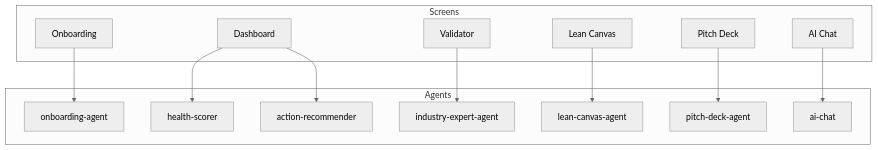
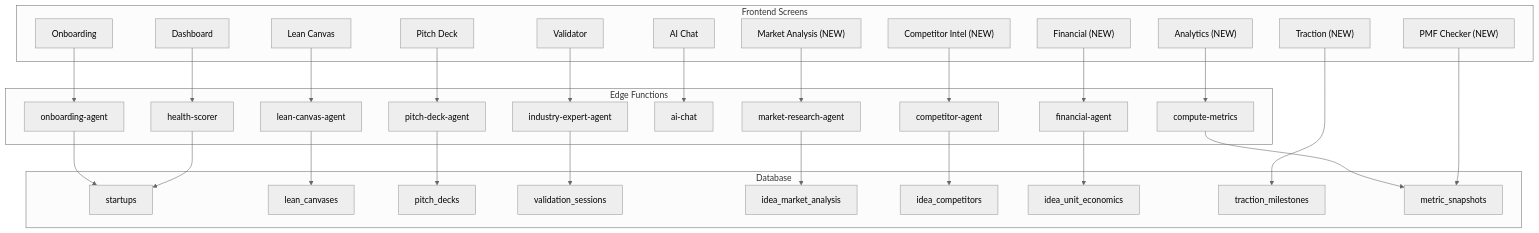
One commit to amo-tech-ai/rocket-path-ai changed the second of 2 diagrams in docs/tasks/README.md. Above: the diagram before and after it, drawn with Mermaid (neutral theme). The commit also changed other lines of this file and 10 other files, not shown here.

````diff
--- a/docs/tasks/README.md
+++ b/docs/tasks/README.md
@@ -123,29 +196,55 @@
 ```mermaid
 flowchart TD
-    subgraph Screens["Screens"]
+    subgraph Screens["Frontend Screens"]
         OW["Onboarding"]
         DASH["Dashboard"]
         VAL["Validator"]
         LC["Lean Canvas"]
         PD["Pitch Deck"]
         CHAT["AI Chat"]
+        MA["Market Analysis (NEW)"]
+        CI["Competitor Intel (NEW)"]
+        FP["Financial (NEW)"]
+        TR["Traction (NEW)"]
+        AD["Analytics (NEW)"]
+        PMF["PMF Checker (NEW)"]
     end
     
-    subgraph Agents["Agents"]
+    subgraph Agents["Edge Functions"]
         OA["onboarding-agent"]
         HS["health-scorer"]
-        AR["action-recommender"]
         IEA["industry-expert-agent"]
         LCA["lean-canvas-agent"]
         PDA["pitch-deck-agent"]
         AIC["ai-chat"]
+        MRA["market-research-agent"]
+        CPA["competitor-agent"]
+        FA["financial-agent"]
+        CM["compute-metrics"]
     end
     
-    OW --> OA
-    DASH --> HS
-    DASH --> AR
-    VAL --> IEA
-    LC --> LCA
-    PD --> PDA
+    subgraph Tables["Database"]
+        ST["startups"]
+        LC_T["lean_canvases"]
+        PD_T["pitch_decks"]
+        VS["validation_sessions"]
+        IMA["idea_market_analysis"]
+        IC["idea_competitors"]
+        IUE["idea_unit_economics"]
+        TM["traction_milestones"]
+        MS["metric_snapshots"]
+    end
+    
+    OW --> OA --> ST
+    DASH --> HS --> ST
+    VAL --> IEA --> VS
+    LC --> LCA --> LC_T
+    PD --> PDA --> PD_T
     CHAT --> AIC
+    MA --> MRA --> IMA
+    CI --> CPA --> IC
+    FP --> FA --> IUE
+    TR --> TM
+    AD --> CM --> MS
+    PMF --> MS
 ```
````
